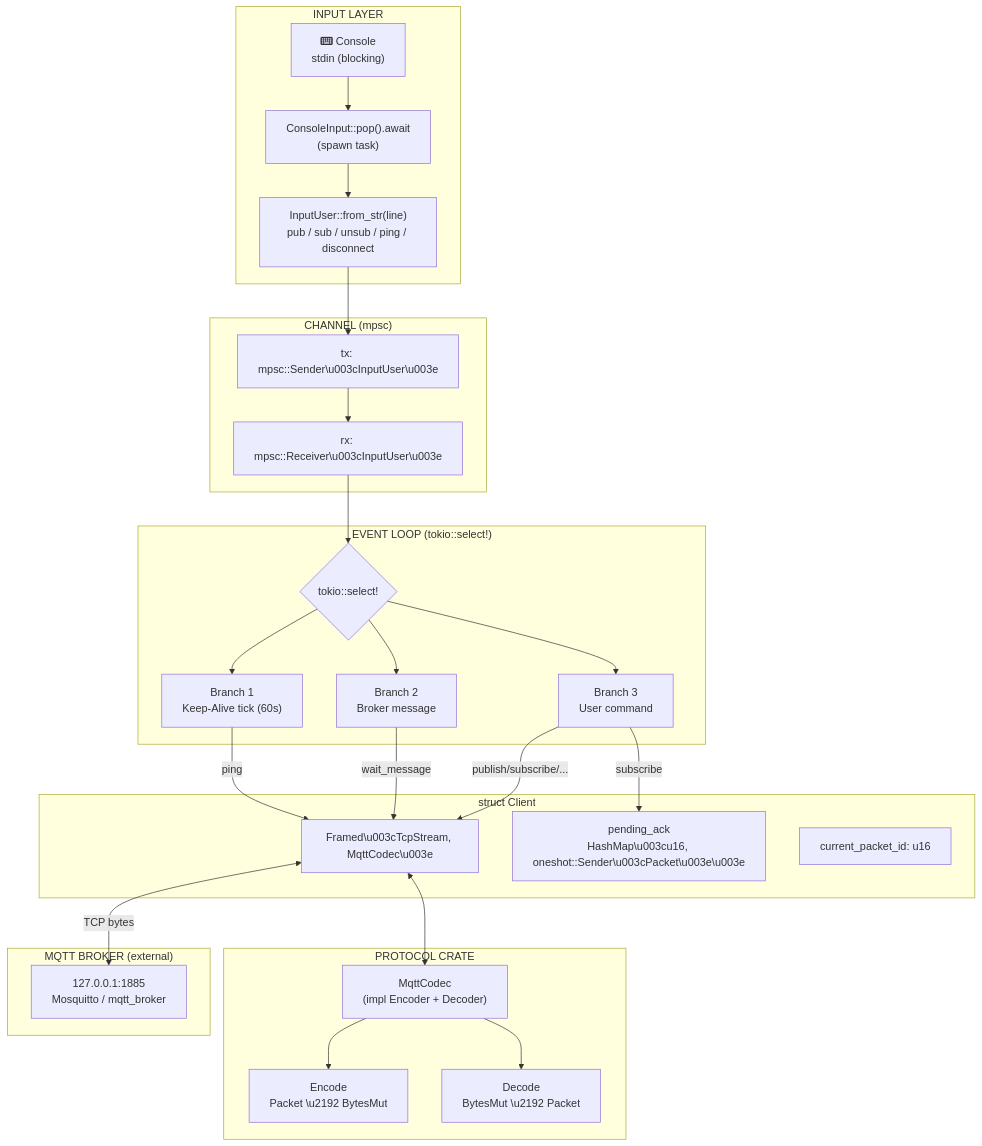
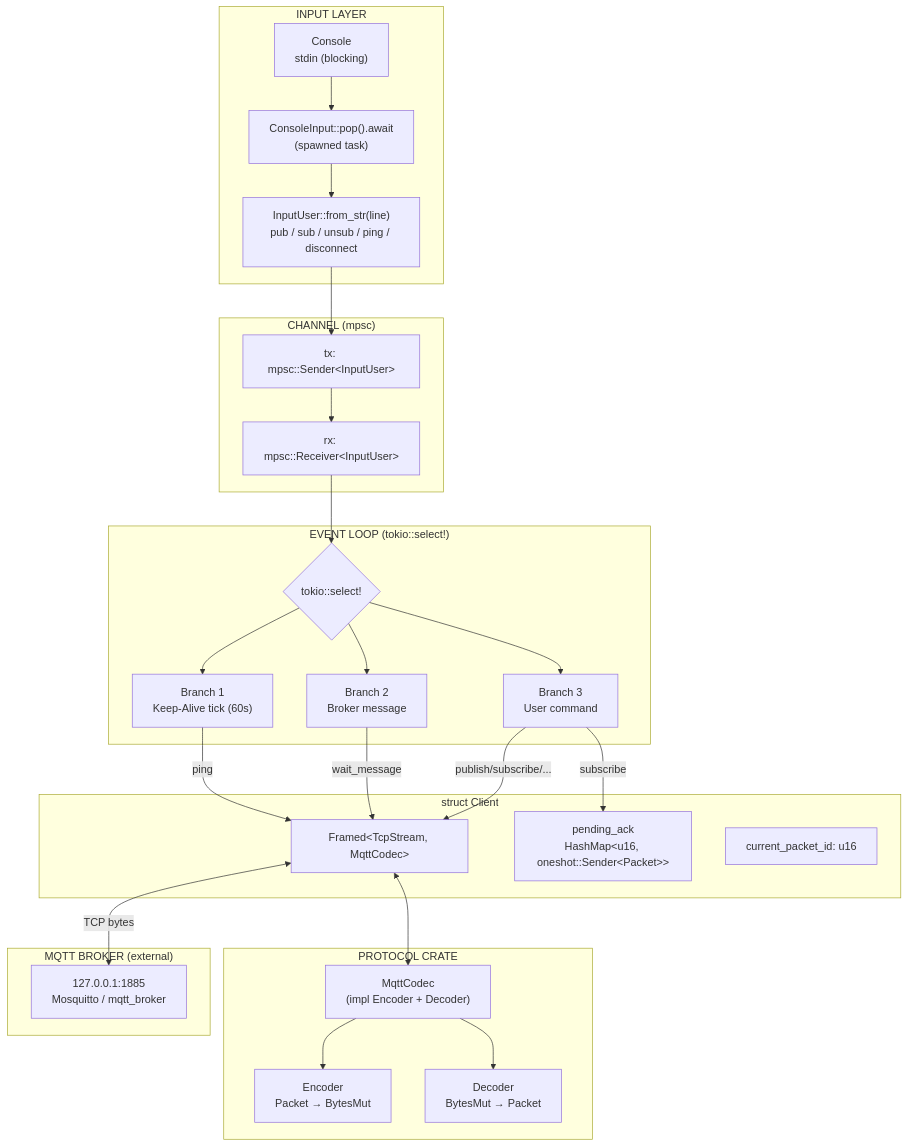
Before and after one commit to Do-EE2-IoT/MqttCodec_v3.1.1: the first of 6 diagrams in README.md, drawn with Mermaid. The commit also changed other lines of this file, not shown here.

Commit message:
docs: update architecture and flow by mermaid

````diff
--- a/README.md
+++ b/README.md
@@ -152,47 +148,47 @@
 ```mermaid
 flowchart TD
     subgraph INPUT ["INPUT LAYER"]
-        CON["fa:fa-keyboard Console\nstdin (blocking)"] 
-        CI["ConsoleInput::pop().await\n(spawn task)"] 
-        PARSE["InputUser::from_str(line)\npub / sub / unsub / ping / disconnect"]
+        CON["Console<br/>stdin (blocking)"]
+        CI["ConsoleInput::pop().await<br/>(spawned task)"]
+        PARSE["InputUser::from_str(line)<br/>pub / sub / unsub / ping / disconnect"]
     end
 
     subgraph CHANNEL ["CHANNEL (mpsc)"]
-        TX["tx: mpsc::Sender\u003cInputUser\u003e"]
-        RX["rx: mpsc::Receiver\u003cInputUser\u003e"]
+        TX["tx: mpsc::Sender&lt;InputUser&gt;"]
+        RX["rx: mpsc::Receiver&lt;InputUser&gt;"]
     end
 
     subgraph EVENTLOOP ["EVENT LOOP (tokio::select!)"]
         SEL{"tokio::select!"}
-        B1["Branch 1\nKeep-Alive tick (60s)"]
-        B2["Branch 2\nBroker message"]
-        B3["Branch 3\nUser command"]
+        B1["Branch 1<br/>Keep-Alive tick (60s)"]
+        B2["Branch 2<br/>Broker message"]
+        B3["Branch 3<br/>User command"]
     end
 
     subgraph CLIENT ["struct Client"]
-        FRAME["Framed\u003cTcpStream, MqttCodec\u003e"]
-        MAP["pending_ack\nHashMap\u003cu16, oneshot::Sender\u003cPacket\u003e\u003e"]
+        FRAME["Framed&lt;TcpStream, MqttCodec&gt;"]
+        MAP["pending_ack<br/>HashMap&lt;u16, oneshot::Sender&lt;Packet&gt;&gt;"]
         ID["current_packet_id: u16"]
     end
 
     subgraph PROTOCOL ["PROTOCOL CRATE"]
-        ENC["Encode\nPacket \u2192 BytesMut"]
-        DEC["Decode\nBytesMut \u2192 Packet"]
-        CODEC["MqttCodec\n(impl Encoder + Decoder)"]
+        ENC["Encoder<br/>Packet → BytesMut"]
+        DEC["Decoder<br/>BytesMut → Packet"]
+        CODEC["MqttCodec<br/>(impl Encoder + Decoder)"]
     end
 
     subgraph BROKER ["MQTT BROKER (external)"]
-        BRK["127.0.0.1:1885\nMosquitto / mqtt_broker"]
+        BRK["127.0.0.1:1885<br/>Mosquitto / mqtt_broker"]
     end
 
     CON --> CI --> PARSE --> TX --> RX
     RX --> SEL
     SEL --> B1 & B2 & B3
     B1 -- ping --> FRAME
     B2 -- wait_message --> FRAME
     B3 -- publish/subscribe/... --> FRAME
     B3 -- subscribe --> MAP
     FRAME <--> CODEC
     CODEC --> ENC & DEC
     FRAME <-->|TCP bytes| BRK
 ```
````
